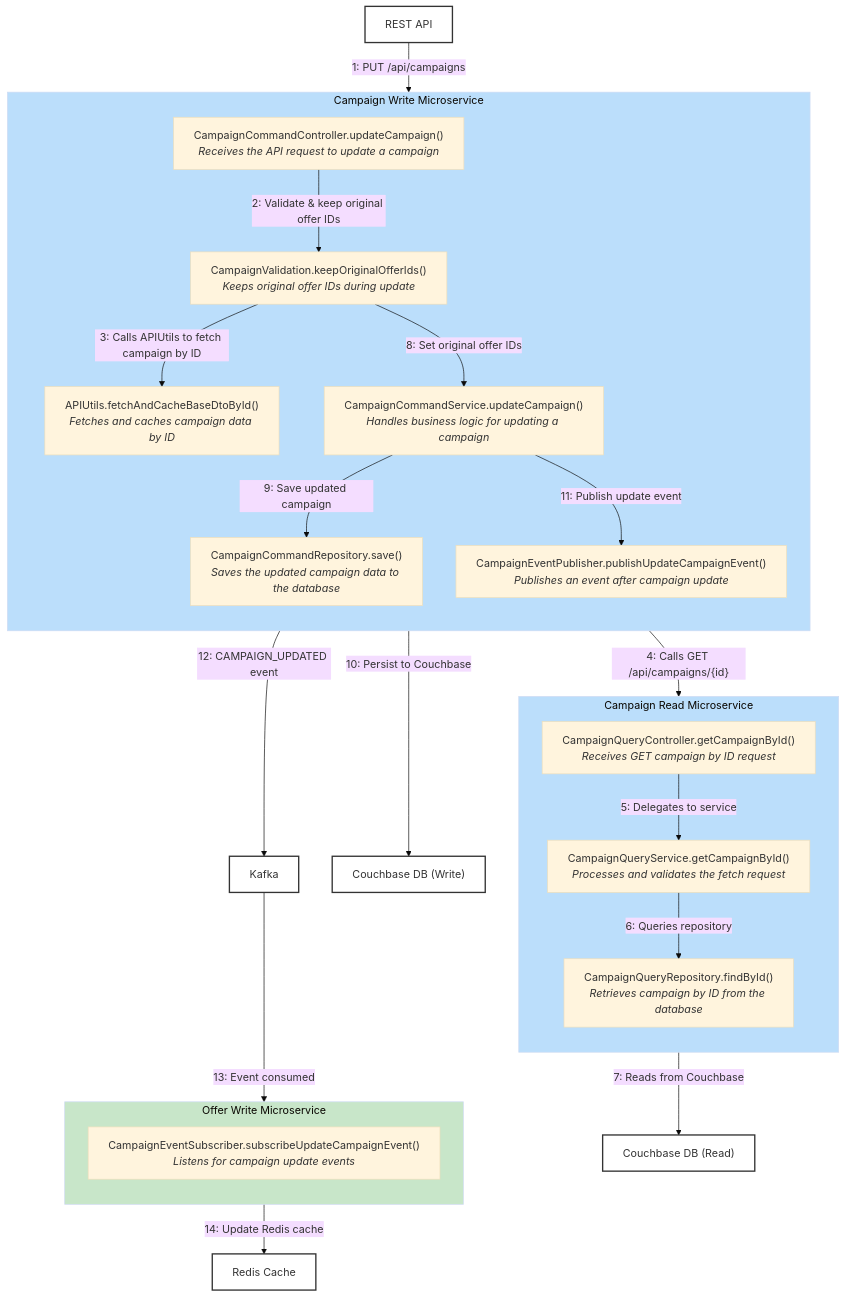
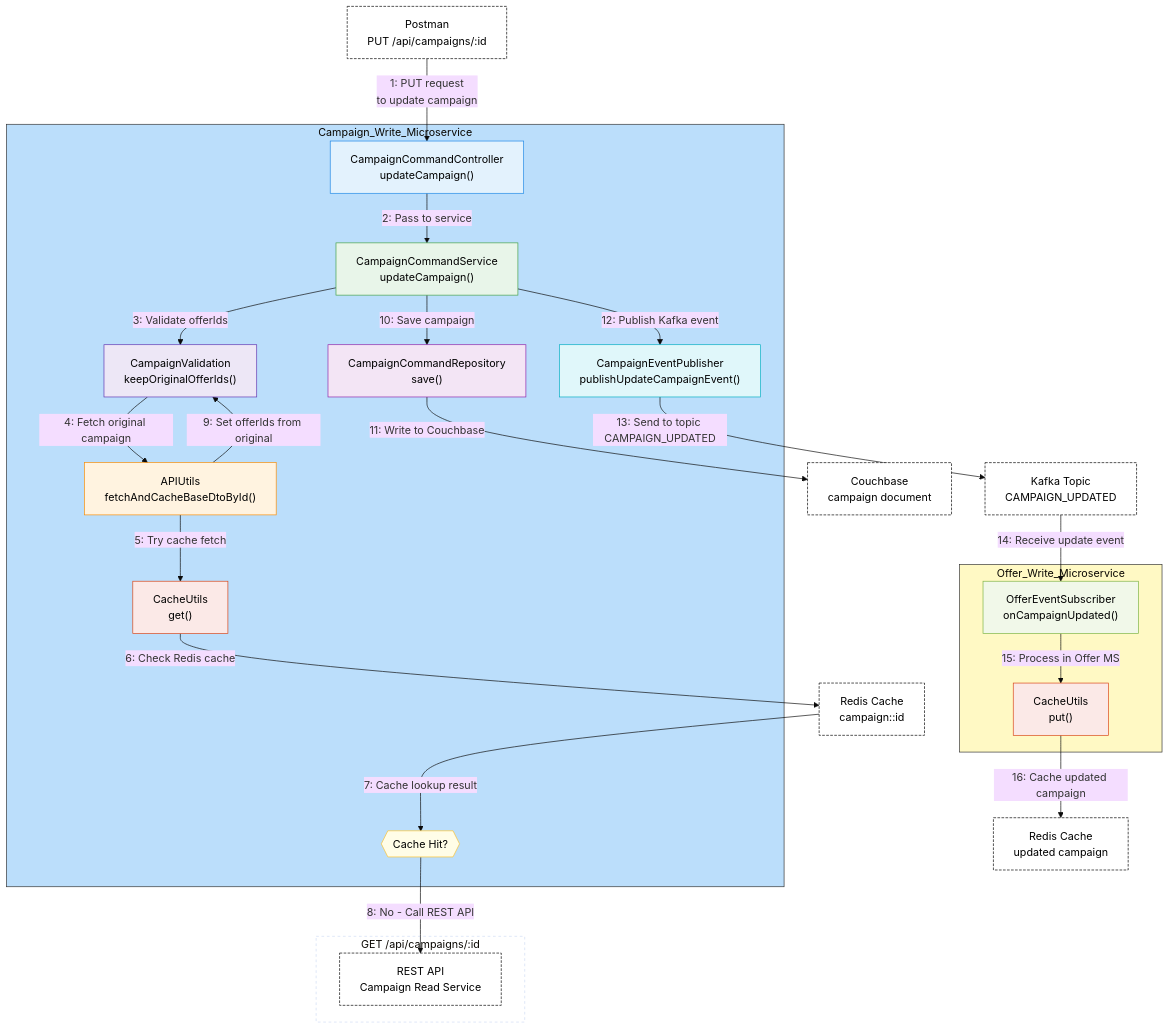
One commit to aakashkumar1980/apps-microservices changed the diagram in _readme_assets/campaign_update.mermaid. Above: the diagram before and after it, drawn with Mermaid (base theme).

Commit message:
updated and refactored

```diff
--- a/_readme_assets/campaign_update.mermaid
+++ b/_readme_assets/campaign_update.mermaid
@@ -1,58 +1,67 @@
----
-config:
-  layout: dagre
----
 flowchart TD
-    subgraph subGraph4["Campaign Write Microservice"]
-        direction TB
-        c1["CampaignCommandController.updateCampaign()<br/><i>Receives the API request to update a campaign</i>"]
-        v1["CampaignValidation.keepOriginalOfferIds()<br/><i>Keeps original offer IDs during update</i>"]
-        u1["APIUtils.fetchAndCacheBaseDtoById()<br/><i>Fetches and caches campaign data by ID</i>"]
-        s1["CampaignCommandService.updateCampaign()<br/><i>Handles business logic for updating a campaign</i>"]
-        r1["CampaignCommandRepository.save()<br/><i>Saves the updated campaign data to the database</i>"]
-        e1["CampaignEventPublisher.publishUpdateCampaignEvent()<br/><i>Publishes an event after campaign update</i>"]
+%% Postman
+    POSTMAN["Postman<br>PUT /api/campaigns/:id"]:::external
+
+%% Microservice: Campaign Write
+    subgraph Campaign_Write_Microservice
+        style Campaign_Write_Microservice fill:#BBDEFB,stroke:#333,stroke-width:1px
+
+        CCC["CampaignCommandController<br>updateCampaign()"]:::controller
+        CCS["CampaignCommandService<br>updateCampaign()"]:::service
+        VAL["CampaignValidation<br>keepOriginalOfferIds()"]:::validator
+        APIU["APIUtils<br>fetchAndCacheBaseDtoById()"]:::util
+        CU1["CacheUtils<br>get()"]:::util2
+        DECISION{{Cache Hit?}}:::decision
+        CCR["CampaignCommandRepository<br>save()"]:::repository
+        CEP["CampaignEventPublisher<br>publishUpdateCampaignEvent()"]:::event
     end
-    subgraph subGraph5["Campaign Read Microservice"]
-        direction TB
-        cr1["CampaignQueryController.getCampaignById()<br/><i>Receives GET campaign by ID request</i>"]
-        crs1["CampaignQueryService.getCampaignById()<br/><i>Processes and validates the fetch request</i>"]
-        crr1["CampaignQueryRepository.findById()<br/><i>Retrieves campaign by ID from the database</i>"]
+
+%% Microservice: Offer Write
+    subgraph Offer_Write_Microservice
+        style Offer_Write_Microservice fill:#FFF9C4,stroke:#333,stroke-width:1px
+
+        CES["OfferEventSubscriber<br>onCampaignUpdated()"]:::subscriber
+        CU2["CacheUtils<br>put()"]:::util2
     end
-    subgraph subGraph7["Offer Write Microservice"]
-        direction TB
-        oesub["CampaignEventSubscriber.subscribeUpdateCampaignEvent()<br/><i>Listens for campaign update events</i>"]
+
+%% External Systems
+    CB1["Couchbase<br>campaign document"]:::external
+    K1["Kafka Topic<br>CAMPAIGN_UPDATED"]:::external
+    REDIS1["Redis Cache<br>campaign::id"]:::external
+    REDIS2["Redis Cache<br>updated campaign"]:::external
+
+%% REST API box (outside Campaign MS)
+    subgraph REST_Campaign_Read_API [GET /api/campaigns/:id]
+        style REST_Campaign_Read_API stroke-dasharray: 4 4,fill:#ffffff
+        REST["REST API<br>Campaign Read Service"]:::external
     end
-    postman["REST API"]
-    couchbase_write["Couchbase DB (Write)"]
-    couchbase_read["Couchbase DB (Read)"]
-    kafka["Kafka"]
-    redis["Redis Cache"]
 
-    postman -- "1: PUT /api/campaigns" --> c1
-    c1 -- "2: Validate & keep original offer IDs" --> v1
-    v1 -- "3: Calls APIUtils to fetch campaign by ID" --> u1
-    u1 -- "4: Calls GET /api/campaigns/{id}" --> cr1
-    cr1 -- "5: Delegates to service" --> crs1
-    crs1 -- "6: Queries repository" --> crr1
-    crr1 -- "7: Reads from Couchbase" --> couchbase_read
-    v1 -- "8: Set original offer IDs" --> s1
-    s1 -- "9: Save updated campaign" --> r1
-    r1 -- "10: Persist to Couchbase" --> couchbase_write
-    s1 -- "11: Publish update event" --> e1
-    e1 -- "12: CAMPAIGN_UPDATED event" --> kafka
-    kafka -- "13: Event consumed" --> oesub
-    oesub -- "14: Update Redis cache" --> redis
+%% Flow Arrows
+    POSTMAN -->|1: PUT request<br>to update campaign| CCC
+    CCC -->|2: Pass to service| CCS
+    CCS -->|3: Validate offerIds| VAL
+    VAL -->|4: Fetch original campaign| APIU
+    APIU -->|5: Try cache fetch| CU1
+    CU1 -->|6: Check Redis cache| REDIS1
+    REDIS1 -->|7: Cache lookup result| DECISION
+    DECISION -->|8: No - Call REST API| REST
+    APIU -->|9: Set offerIds from original| VAL
+    CCS -->|10: Save campaign| CCR
+    CCR -->|11: Write to Couchbase| CB1
+    CCS -->|12: Publish Kafka event| CEP
+    CEP -->|13: Send to topic CAMPAIGN_UPDATED| K1
+    K1 -->|14: Receive update event| CES
+    CES -->|15: Process in Offer MS| CU2
+    CU2 -->|16: Cache updated campaign| REDIS2
 
-    %% Styling
-    postman:::ext
-    couchbase_write:::ext
-    couchbase_read:::ext
-    kafka:::ext
-    redis:::ext
-    classDef ext fill:#fff,stroke:#333,stroke-width:2px
-    style subGraph4 fill:#BBDEFB
-    style subGraph5 fill:#BBDEFB
-    style subGraph7 fill:#C8E6C9
-
-    %% Notes:
-    %% Mermaid does not support images, 3D effects, or advanced shading in nodes.
+%% Styling
+    classDef controller fill:#E3F2FD,stroke:#1E88E5,color:#000;
+    classDef service fill:#E8F5E9,stroke:#43A047,color:#000;
+    classDef validator fill:#EDE7F6,stroke:#5E35B1,color:#000;
+    classDef repository fill:#F3E5F5,stroke:#8E24AA,color:#000;
+    classDef util fill:#FFF3E0,stroke:#FB8C00,color:#000;
+    classDef event fill:#E0F7FA,stroke:#00ACC1,color:#000;
+    classDef decision fill:#FFFDE7,stroke:#FBC02D,color:#000;
+    classDef subscriber fill:#F1F8E9,stroke:#7CB342,color:#000;
+    classDef util2 fill:#FBE9E7,stroke:#D84315,color:#000;
+    classDef external fill:#FFFFFF,stroke:#000,color:#000,stroke-dasharray: 4 2;
```
